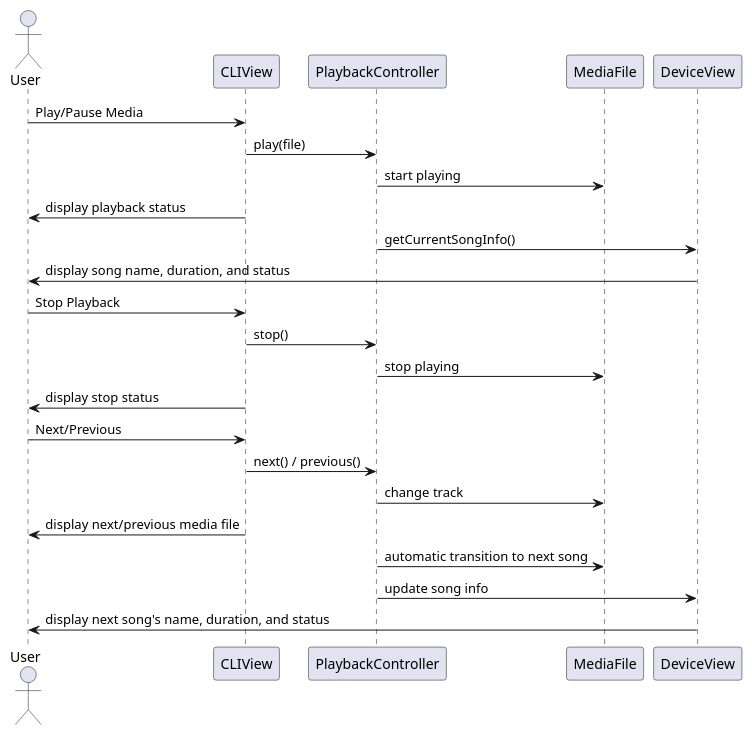
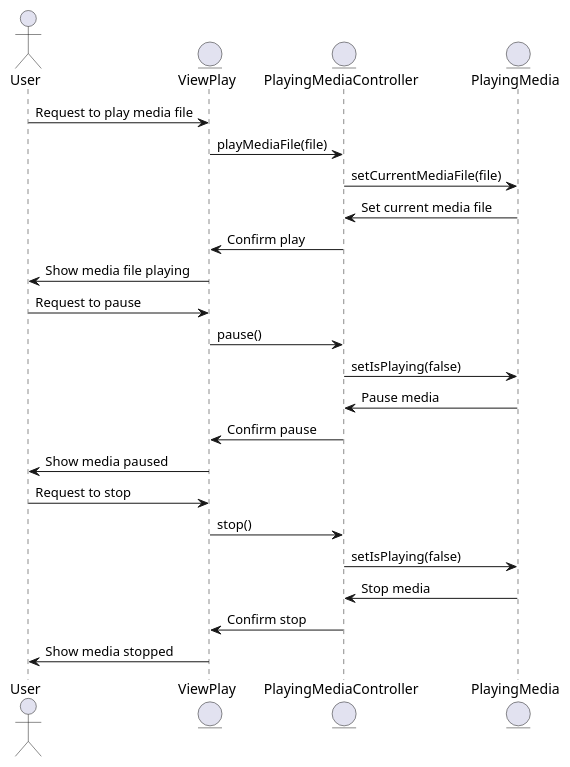
One commit to Weizy-NTT/Spotify-rep-1-1 changed the diagram in Docs/Usecase4/Usecase4.plantuml. Above: the diagram before and after it, drawn with PlantUML. The commit also changed 25 other files, not shown here.

```diff
--- a/Docs/Usecase4/Usecase4.plantuml
+++ b/Docs/Usecase4/Usecase4.plantuml
@@ -1,34 +1,27 @@
-@startuml Playback Media
+@startuml PlayPauseStopMedia
 actor User
-participant CLIView
-participant PlaybackController
-participant MediaFile
-participant DeviceView
+entity ViewPlay
+entity PlayingMediaController
+entity PlayingMedia
 
-' Người dùng yêu cầu phát/pause media
-User -> CLIView : Play/Pause Media
-CLIView -> PlaybackController : play(file)
-PlaybackController -> MediaFile : start playing
-CLIView -> User : display playback status
+User -> ViewPlay: Request to play media file
+ViewPlay -> PlayingMediaController: playMediaFile(file)
+PlayingMediaController -> PlayingMedia: setCurrentMediaFile(file)
+PlayingMedia -> PlayingMediaController: Set current media file
+PlayingMediaController -> ViewPlay: Confirm play
+ViewPlay -> User: Show media file playing
 
-' Hiển thị thông tin bài hát đang phát
-PlaybackController -> DeviceView : getCurrentSongInfo()
-DeviceView -> User : display song name, duration, and status
+User -> ViewPlay: Request to pause
+ViewPlay -> PlayingMediaController: pause()
+PlayingMediaController -> PlayingMedia: setIsPlaying(false)
+PlayingMedia -> PlayingMediaController: Pause media
+PlayingMediaController -> ViewPlay: Confirm pause
+ViewPlay -> User: Show media paused
 
-' Người dùng yêu cầu dừng phát media
-User -> CLIView : Stop Playback
-CLIView -> PlaybackController : stop()
-PlaybackController -> MediaFile : stop playing
-CLIView -> User : display stop status
-
-' Người dùng yêu cầu chuyển bài nhạc tiếp theo hoặc trước đó
-User -> CLIView : Next/Previous
-CLIView -> PlaybackController : next() / previous()
-PlaybackController -> MediaFile : change track
-CLIView -> User : display next/previous media file
-
-' Tự động chuyển sang bài nhạc tiếp theo khi bài hiện tại kết thúc
-PlaybackController -> MediaFile : automatic transition to next song
-PlaybackController -> DeviceView : update song info
-DeviceView -> User : display next song's name, duration, and status
+User -> ViewPlay: Request to stop
+ViewPlay -> PlayingMediaController: stop()
+PlayingMediaController -> PlayingMedia: setIsPlaying(false)
+PlayingMedia -> PlayingMediaController: Stop media
+PlayingMediaController -> ViewPlay: Confirm stop
+ViewPlay -> User: Show media stopped
 @enduml
```
